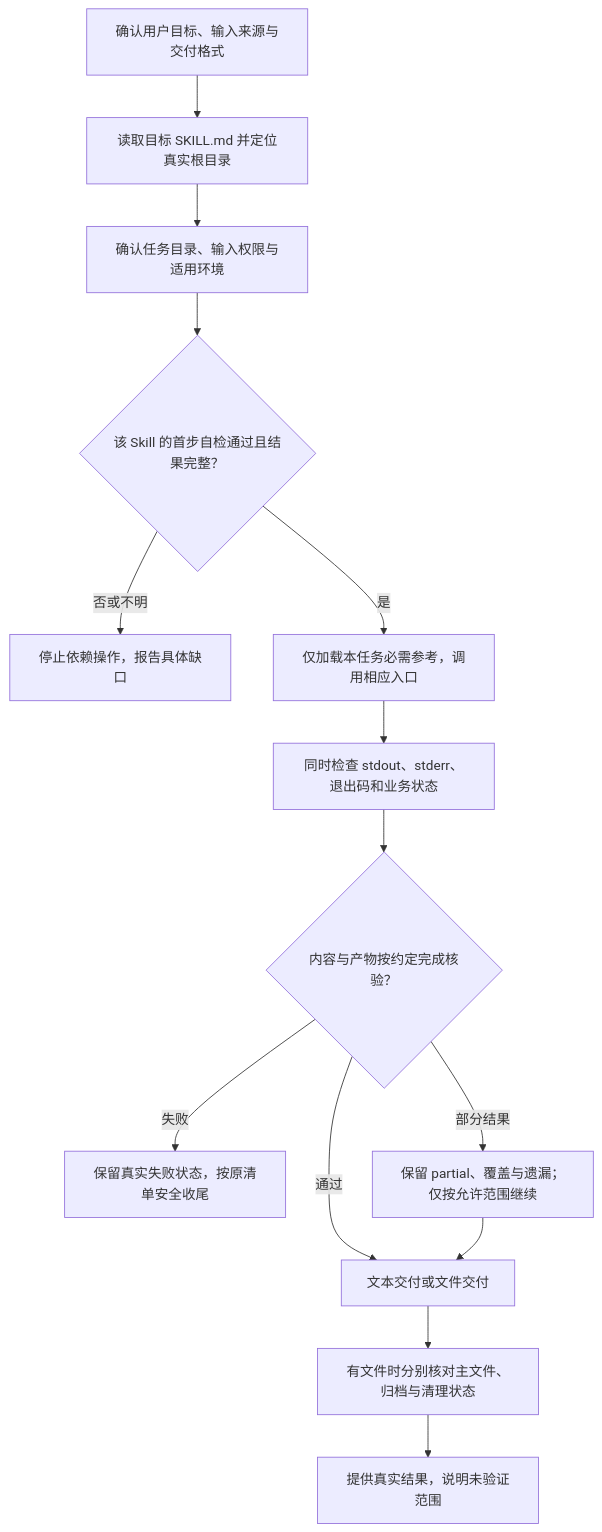
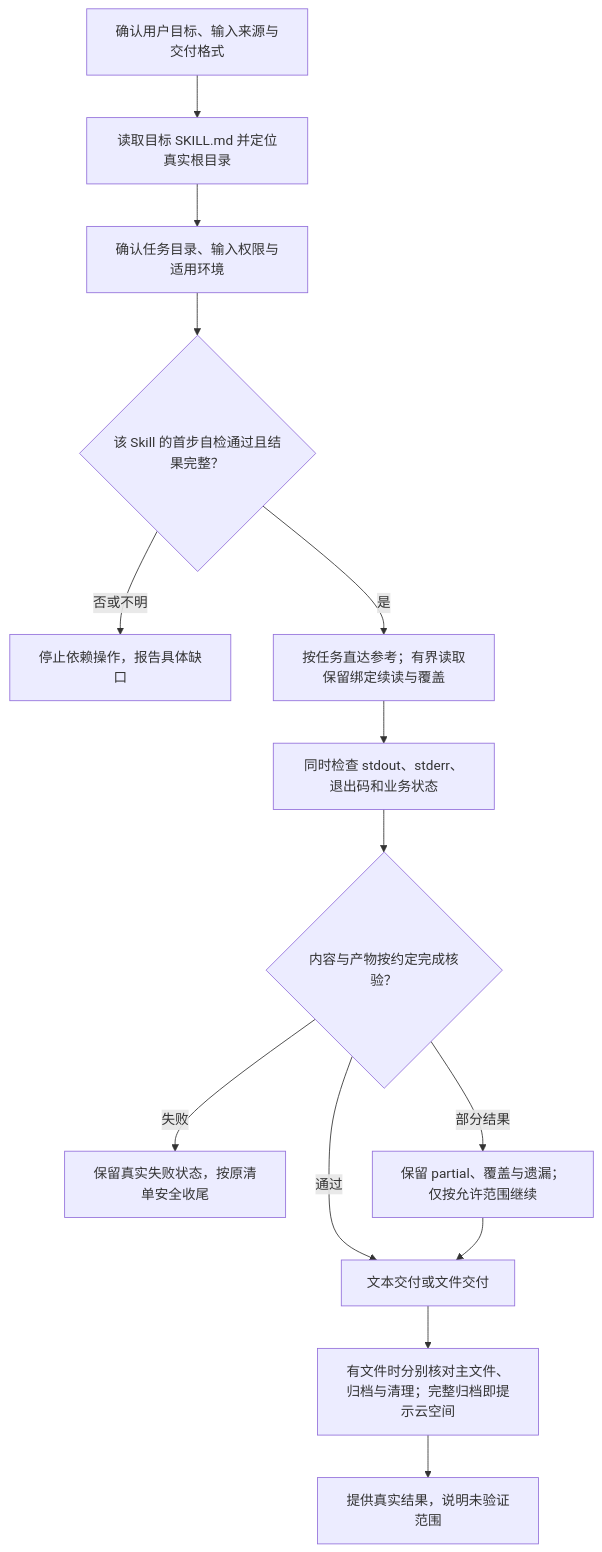
The second of 2 diagrams in docs/README.md (JohnParken/PSL-SKILLS), drawn with Mermaid before and after one commit. The commit also changed other lines of this file and 17 other files, not shown here.

````diff
--- a/docs/README.md
+++ b/docs/README.md
@@ -62,16 +62,16 @@
 ```mermaid
 flowchart TD
     A["确认用户目标、输入来源与交付格式"] --> B["读取目标 SKILL.md 并定位真实根目录"]
     B --> C["确认任务目录、输入权限与适用环境"]
     C --> D{"该 Skill 的首步自检通过且结果完整？"}
     D -->|"否或不明"| E["停止依赖操作，报告具体缺口"]
-    D -->|"是"| F["仅加载本任务必需参考，调用相应入口"]
+    D -->|"是"| F["按任务直达参考；有界读取保留绑定续读与覆盖"]
     F --> G["同时检查 stdout、stderr、退出码和业务状态"]
     G --> H{"内容与产物按约定完成核验？"}
     H -->|"失败"| I["保留真实失败状态，按原清单安全收尾"]
     H -->|"部分结果"| J["保留 partial、覆盖与遗漏；仅按允许范围继续"]
     H -->|"通过"| K["文本交付或文件交付"]
     J --> K
-    K --> L["有文件时分别核对主文件、归档与清理状态"]
+    K --> L["有文件时分别核对主文件、归档与清理；完整归档即提示云空间"]
     L --> M["提供真实结果，说明未验证范围"]
 ```
````
